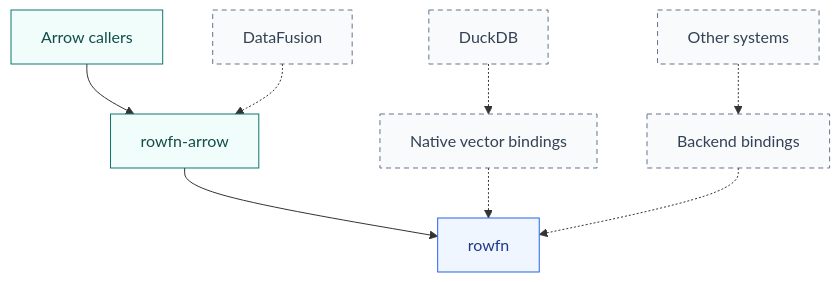
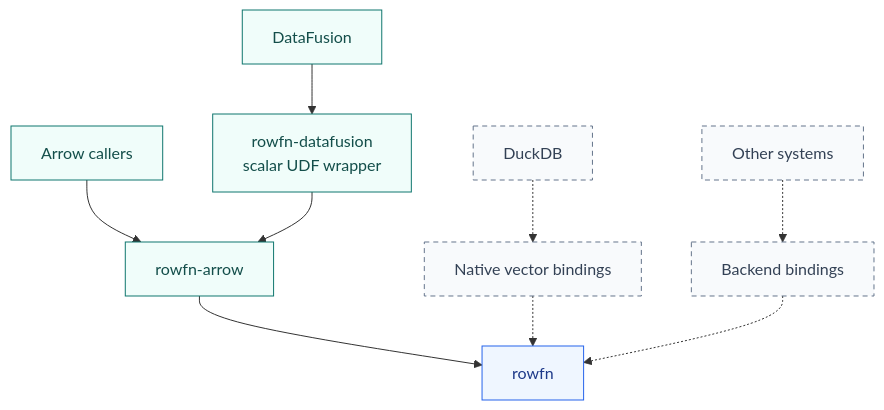
The diagram in rowfn/BACKENDS.md (spiraldb/rowfn), drawn with Mermaid before and after one commit. The commit also changed other lines of this file and 31 other files, not shown here.

Commit message:
Add DataFusion integration and explain RowFn

````diff
--- a/rowfn/BACKENDS.md
+++ b/rowfn/BACKENDS.md
@@ -22,16 +24,17 @@
 ```mermaid
 flowchart TB
     A["Arrow callers"] --> AB["rowfn-arrow"]
-    DF["DataFusion"] -.-> AB
+    DF["DataFusion"] --> UDF["rowfn-datafusion<br/>scalar UDF wrapper"]
+    UDF --> AB
     D["DuckDB"] -.-> DB["Native vector bindings"]
     O["Other systems"] -.-> OB["Backend bindings"]
     AB --> R["rowfn"]
     DB -.-> R
     OB -.-> R
-    class A,AB host
+    class A,AB,DF,UDF host
     class R core
-    class DF,D,DB,O,OB proposed
+    class D,DB,O,OB proposed
     classDef core fill:#eff6ff,stroke:#2563eb,color:#1e3a8a
     classDef host fill:#f0fdfa,stroke:#0f766e,color:#134e4a
     classDef proposed fill:#f8fafc,stroke:#64748b,color:#334155,stroke-dasharray:5 4
 ```
````
